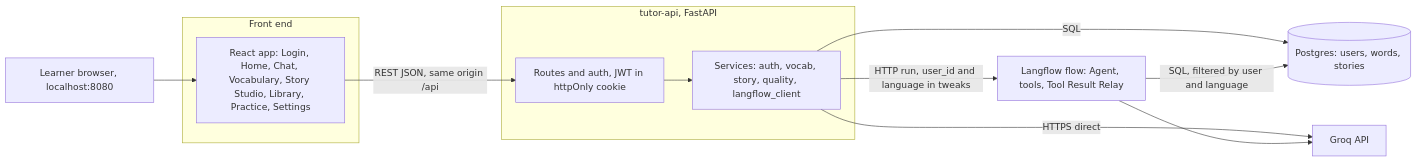
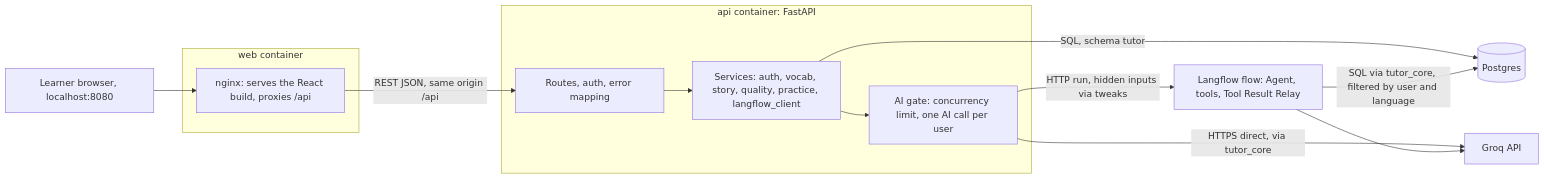
The first of 5 diagrams in docs/WEB-APP-DESIGN.md (stanley-yang-2001/bpllc_project), drawn with Mermaid before and after one commit. The commit also changed other lines of this file and 101 other files, not shown here.

Commit message:
update on web interface of language tutor

````diff
--- a/docs/WEB-APP-DESIGN.md
+++ b/docs/WEB-APP-DESIGN.md
@@ -32,18 +43,20 @@
 ```mermaid
 flowchart LR
-  U["Learner browser, localhost:8080"] --> W
-  subgraph FE["Front end"]
-    W["React app: Login, Home, Chat, Vocabulary, Story Studio, Library, Practice, Settings"]
+  U["Learner browser, localhost:8080"] --> N
+  subgraph FE["web container"]
+    N["nginx: serves the React build, proxies /api"]
   end
-  subgraph BE["tutor-api, FastAPI"]
-    R["Routes and auth, JWT in httpOnly cookie"]
-    SV["Services: auth, vocab, story, quality, langflow_client"]
+  subgraph BE["api container: FastAPI"]
+    R["Routes, auth, error mapping"]
+    SV["Services: auth, vocab, story, quality, practice, langflow_client"]
+    GATE["AI gate: concurrency limit, one AI call per user"]
     R --> SV
+    SV --> GATE
   end
-  W -->|"REST JSON, same origin /api"| R
-  SV -->|"HTTP run, user_id and language in tweaks"| LF["Langflow flow: Agent, tools, Tool Result Relay"]
-  SV -->|"SQL"| DB[("Postgres: users, words, stories")]
-  SV -->|"HTTPS direct"| GQ["Groq API"]
-  LF -->|"SQL, filtered by user and language"| DB
+  N -->|"REST JSON, same origin /api"| R
+  GATE -->|"HTTP run, hidden inputs via tweaks"| LF["Langflow flow: Agent, tools, Tool Result Relay"]
+  GATE -->|"HTTPS direct, via tutor_core"| GQ["Groq API"]
+  SV -->|"SQL, schema tutor"| DB[("Postgres")]
+  LF -->|"SQL via tutor_core, filtered by user and language"| DB
   LF --> GQ
 ```
````
